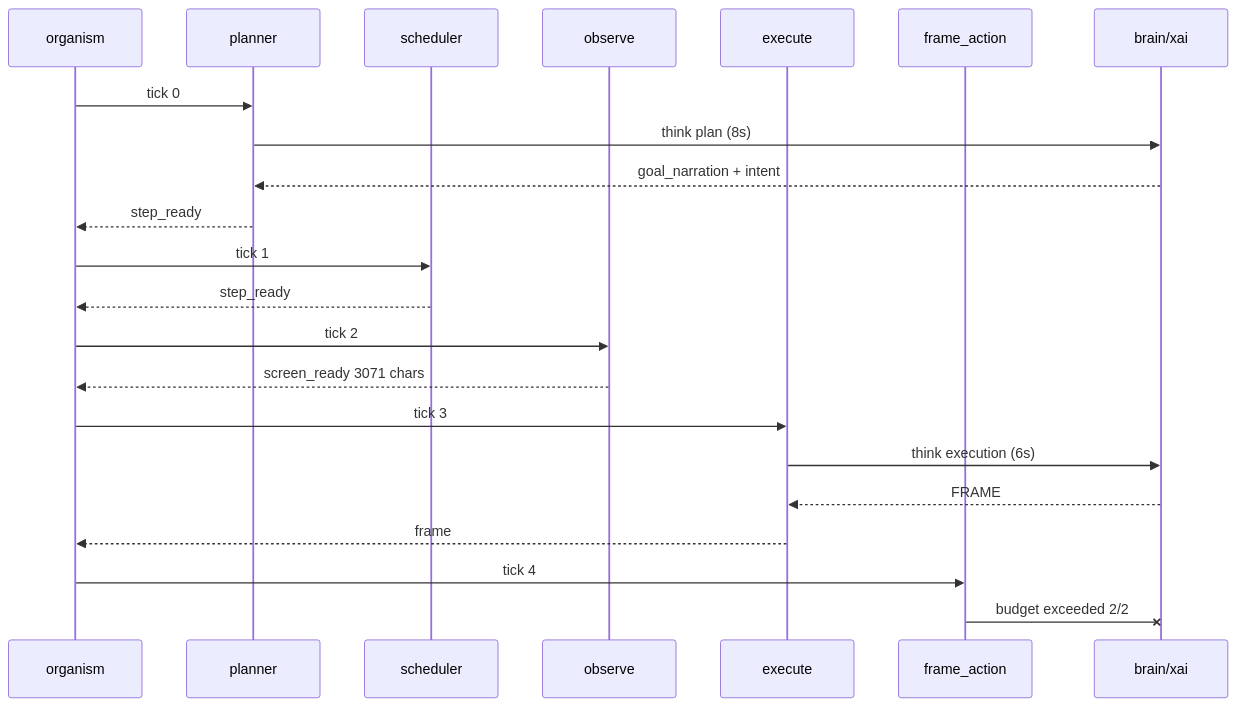
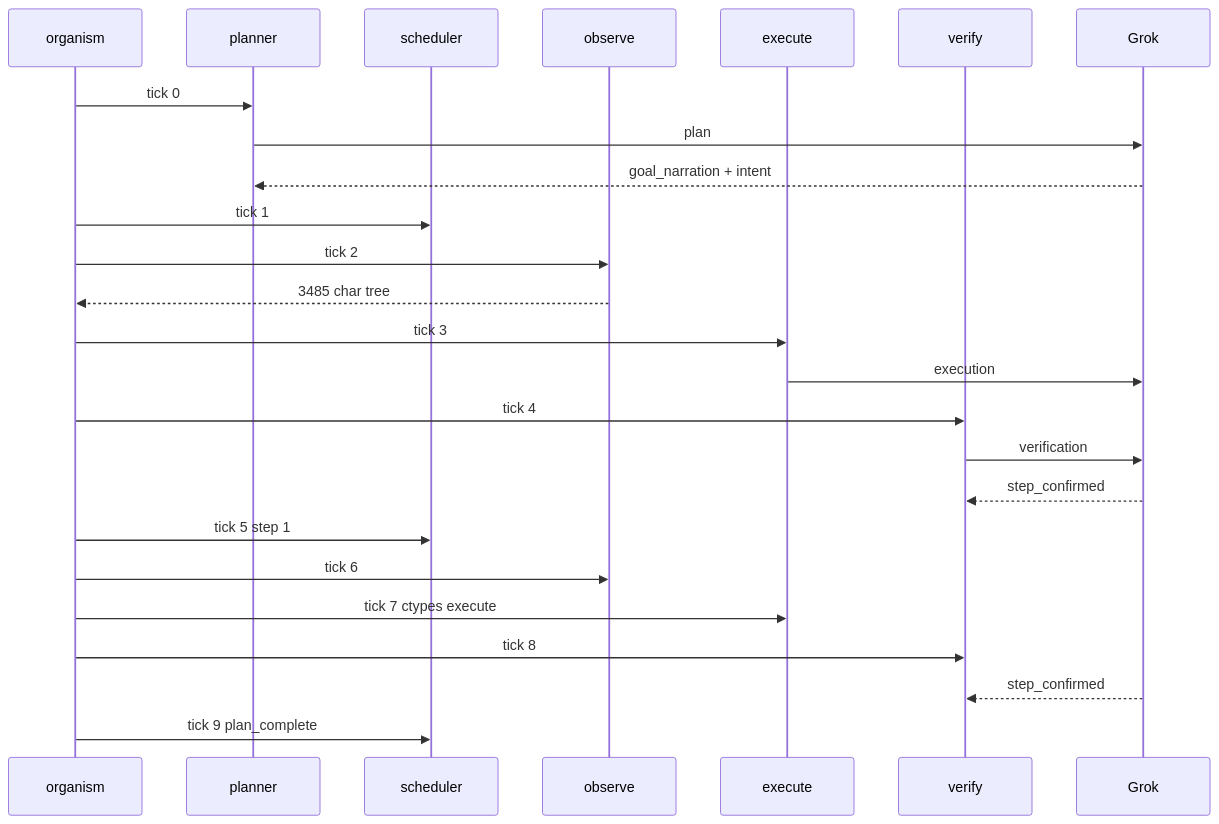
Before and after one commit to wgabrys88/endgame-ai: the third of 5 diagrams in README.md, drawn with Mermaid. The commit also changed other lines of this file, not shown here.

Commit message:
docs: README from zero — survey-loop-complete results and current roadmap

````diff
--- a/README.md
+++ b/README.md
@@ -141,25 +129,28 @@
 ```mermaid
 sequenceDiagram
     participant O as organism
     participant P as planner
     participant S as scheduler
     participant Ob as observe
     participant E as execute
-    participant F as frame_action
-    participant B as brain/xai
+    participant V as verify
+    participant B as Grok
 
     O->>P: tick 0
-    P->>B: think plan (8s)
+    P->>B: plan
     B-->>P: goal_narration + intent
-    P-->>O: step_ready
     O->>S: tick 1
-    S-->>O: step_ready
     O->>Ob: tick 2
-    Ob-->>O: screen_ready 3071 chars
+    Ob-->>O: 3485 char tree
     O->>E: tick 3
-    E->>B: think execution (6s)
-    B-->>E: FRAME
-    E-->>O: frame
-    O->>F: tick 4
-    F-xB: budget exceeded 2/2
+    E->>B: execution
+    O->>V: tick 4
+    V->>B: verification
+    B-->>V: step_confirmed
+    O->>S: tick 5 step 1
+    O->>Ob: tick 6
+    O->>E: tick 7 ctypes execute
+    O->>V: tick 8
+    B-->>V: step_confirmed
+    O->>S: tick 9 plan_complete
 ```
````
